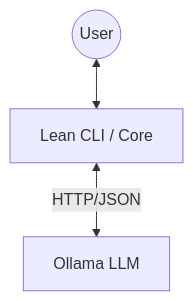
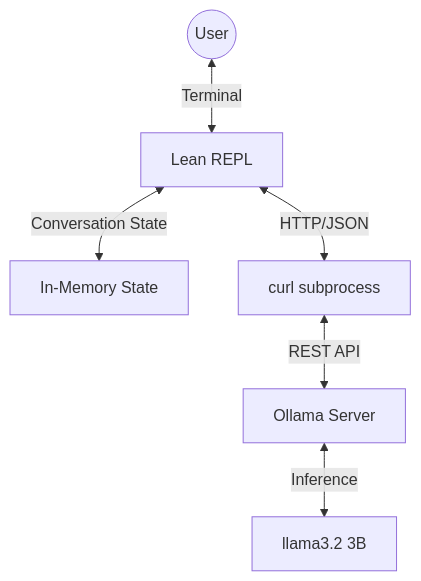
One commit to handol-park/klei changed the first of 2 diagrams in _planning/2-architecture/01-system-design.md. Above: the diagram before and after it, drawn with Mermaid. The commit also changed other lines of this file, not shown here.

First line of the commit message:
Minimize redundancy in architecture document

````diff
--- a/_planning/2-architecture/01-system-design.md
+++ b/_planning/2-architecture/01-system-design.md
@@ -15,5 +11,8 @@
 ```mermaid
 graph TD
-    User((User)) <--> CLI[Lean CLI / Core]
-    CLI <--> |HTTP/JSON| Ollama[Ollama LLM]
+    User((User)) <--> |Terminal| REPL[Lean REPL]
+    REPL <--> |Conversation State| State[In-Memory State]
+    REPL <--> |HTTP/JSON| Curl[curl subprocess]
+    Curl <--> |REST API| Ollama[Ollama Server]
+    Ollama <--> |Inference| Model[llama3.2 3B]
 ```
````
